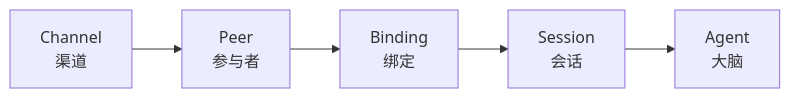
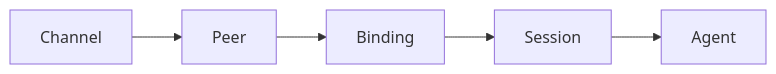
Before and after one commit to HardySimpson/blog: the first of 5 diagrams in _posts/2026-04-14-openclaw-binding-peer-channel-agent.md, drawn with Mermaid. The commit also changed other lines of this file, not shown here.

Commit message:
Fix Mermaid: 移除 HTML 标签，兼容 GitHub 渲染

````diff
--- a/_posts/2026-04-14-openclaw-binding-peer-channel-agent.md
+++ b/_posts/2026-04-14-openclaw-binding-peer-channel-agent.md
@@ -17,7 +13,7 @@
 ```mermaid
 flowchart LR
-    A[Channel<br>渠道] --> B[Peer<br>参与者]
-    B --> C[Binding<br>绑定]
-    C --> D[Session<br>会话]
-    D --> E[Agent<br>大脑]
+    A[Channel] --> B[Peer]
+    B --> C[Binding]
+    C --> D[Session]
+    D --> E[Agent]
 ```
````
